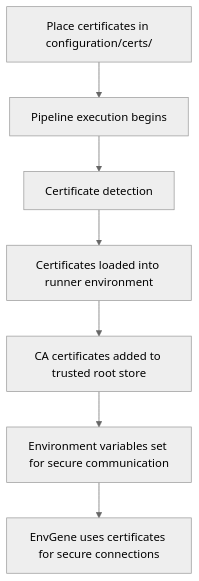
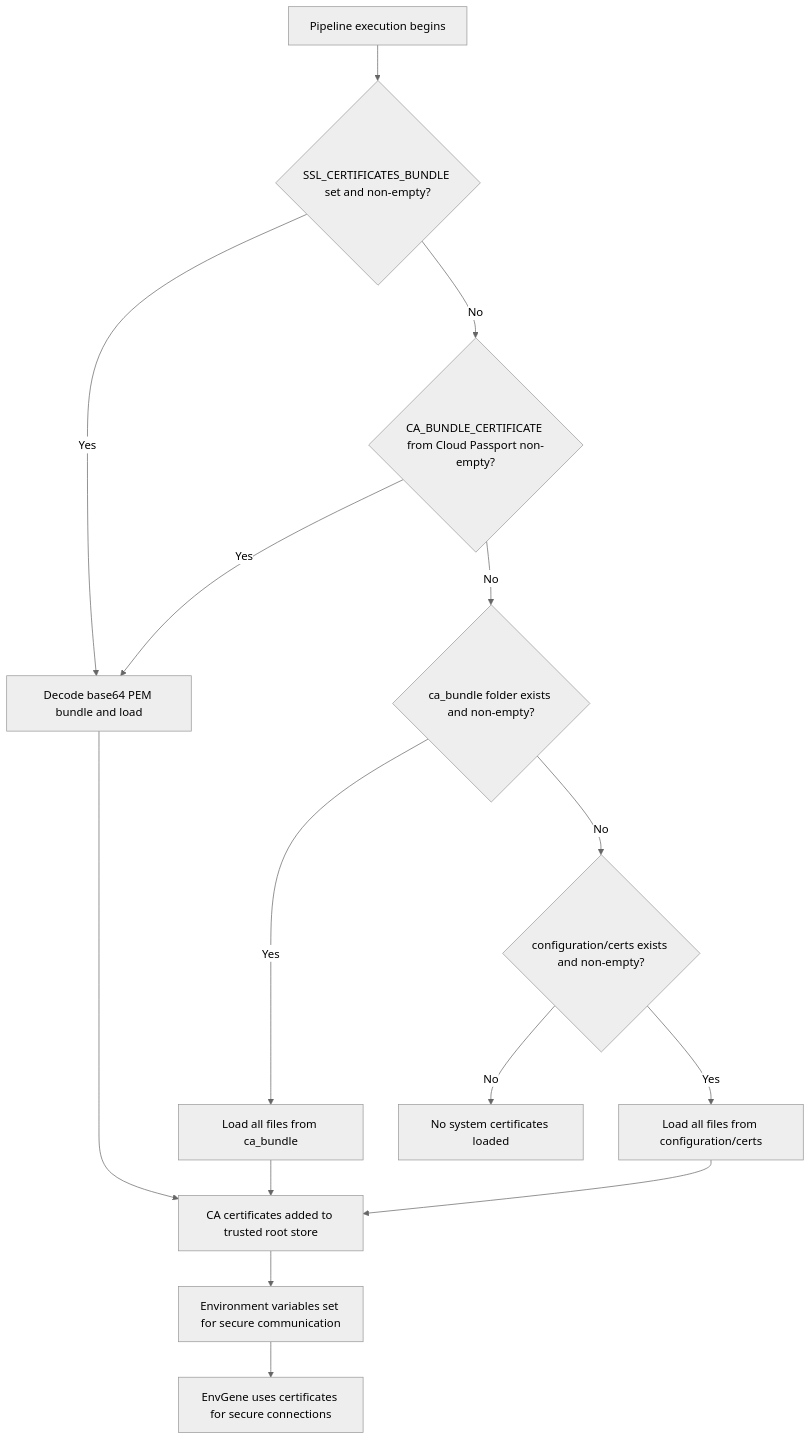
One commit to Netcracker/qubership-envgene changed the diagram in docs/features/system-certificate.md. Above: the diagram before and after it, drawn with Mermaid (neutral theme). The commit also changed other lines of this file and 4 other files, not shown here.

Commit message:
docs: add system certificate docs for multiple source support

````diff
--- a/docs/features/system-certificate.md
+++ b/docs/features/system-certificate.md
@@ -56,9 +91,17 @@
 ```mermaid
 flowchart TD
-    A[Place certificates in configuration/certs/] --> B[Pipeline execution begins]
-    B --> C[Certificate detection]
-    C --> D[Certificates loaded into runner environment]
-    D --> E[CA certificates added to trusted root store]
-    E --> F[Environment variables set for secure communication]
-    F --> G[EnvGene uses certificates for secure connections]
+    A[Pipeline execution begins] --> B{SSL_CERTIFICATES_BUNDLE set and non-empty?}
+    B -->|Yes| C[Decode base64 PEM bundle and load]
+    B -->|No| D{CA_BUNDLE_CERTIFICATE from Cloud Passport non-empty?}
+    D -->|Yes| C
+    D -->|No| E{ca_bundle folder exists and non-empty?}
+    E -->|Yes| F[Load all files from ca_bundle]
+    E -->|No| G{configuration/certs exists and non-empty?}
+    G -->|Yes| H[Load all files from configuration/certs]
+    G -->|No| I[No system certificates loaded]
+    C --> J[CA certificates added to trusted root store]
+    F --> J
+    H --> J
+    J --> K[Environment variables set for secure communication]
+    K --> L[EnvGene uses certificates for secure connections]
 ```
````
